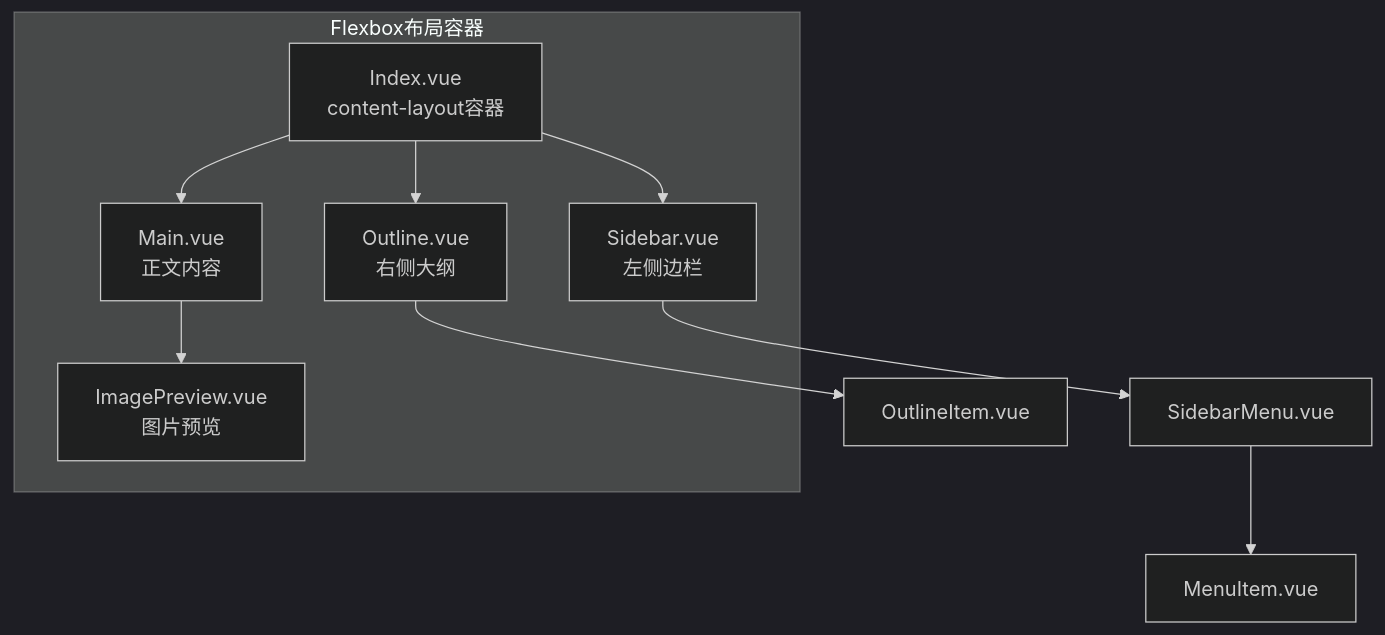
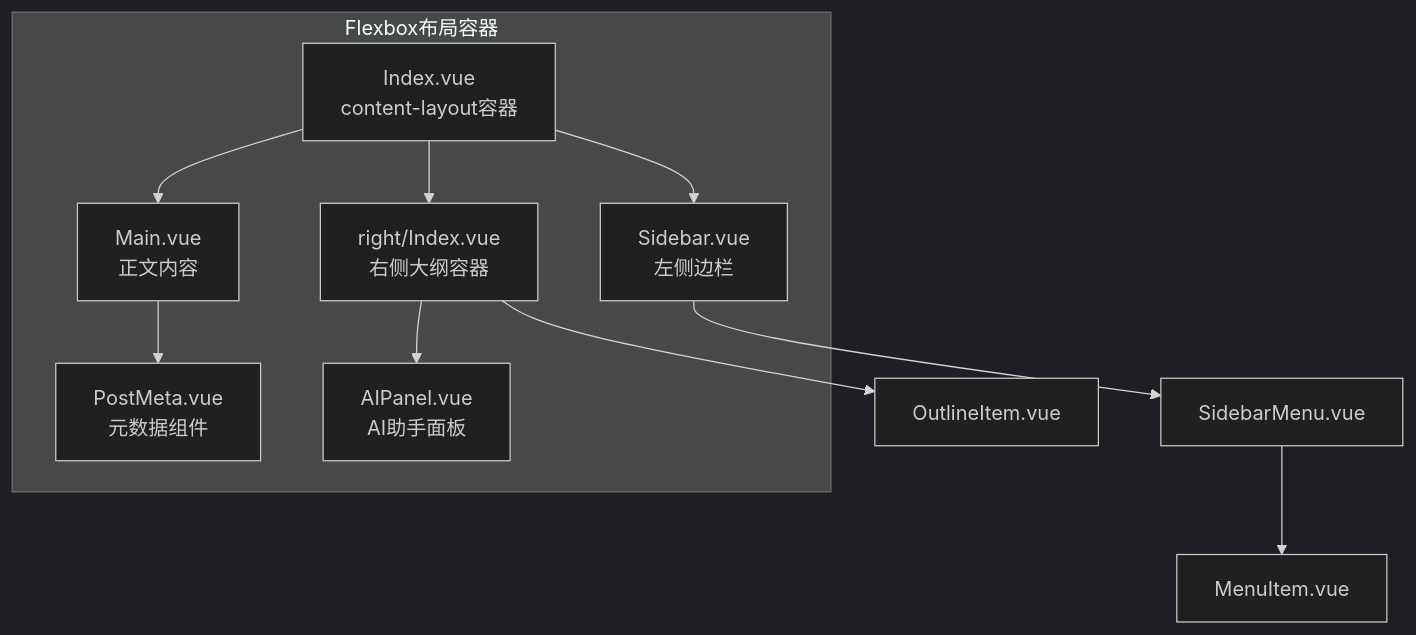
The first of 8 diagrams in .qoder/repowiki/zh/content/核心功能/UI 组件系统/内容组件.md (terwer/siyuan-plugin-blog), drawn with Mermaid (dark theme) before and after one commit. The commit also changed other lines of this file and 20 other files, not shown here.

````diff
--- a/.qoder/repowiki/zh/content/核心功能/UI 组件系统/内容组件.md
+++ b/.qoder/repowiki/zh/content/核心功能/UI 组件系统/内容组件.md
@@ -61,17 +61,19 @@
 ```mermaid
 graph TB
 subgraph "Flexbox布局容器"
 IDX["Index.vue<br/>content-layout容器"]
 L["Sidebar.vue<br/>左侧边栏"]
 M["Main.vue<br/>正文内容"]
-R["Outline.vue<br/>右侧大纲"]
-IP["ImagePreview.vue<br/>图片预览"]
+R["right/Index.vue<br/>右侧大纲容器"]
+PM["PostMeta.vue<br/>元数据组件"]
+AIP["AIPanel.vue<br/>AI助手面板"]
 end
 IDX --> L
 IDX --> M
 IDX --> R
 L --> SM["SidebarMenu.vue"]
 SM --> MI["MenuItem.vue"]
+M --> PM
 R --> OI["OutlineItem.vue"]
-M --> IP
+R --> AIP
 ```
````
